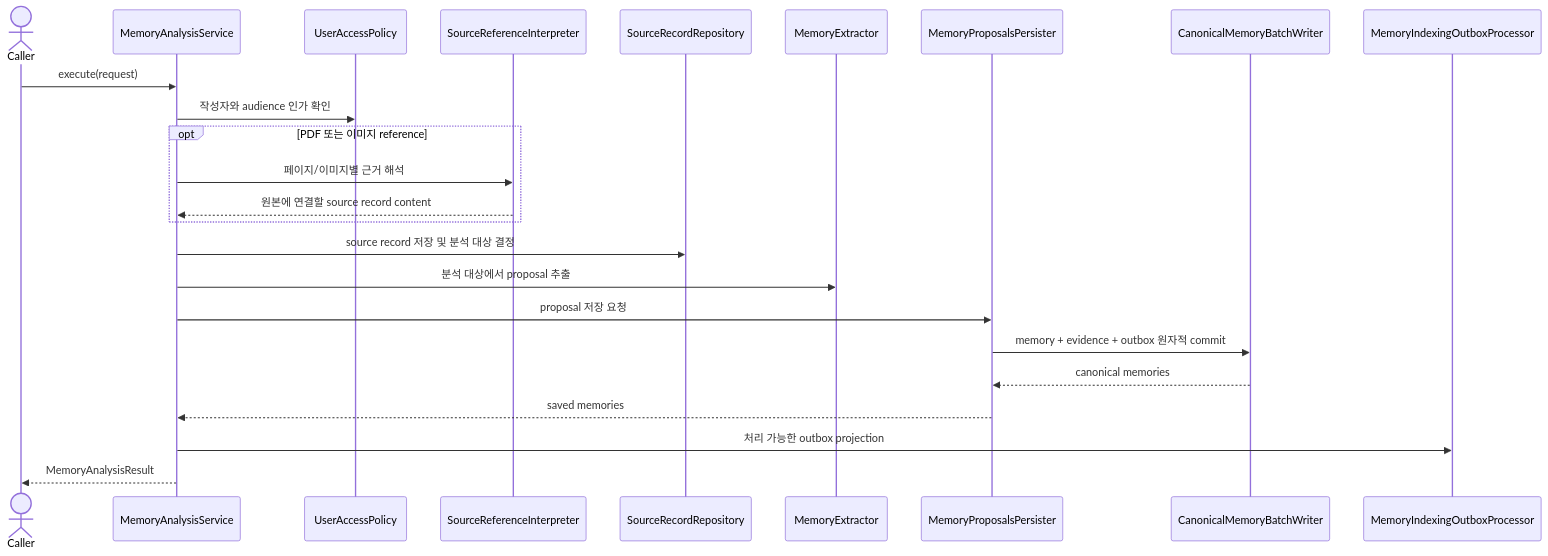
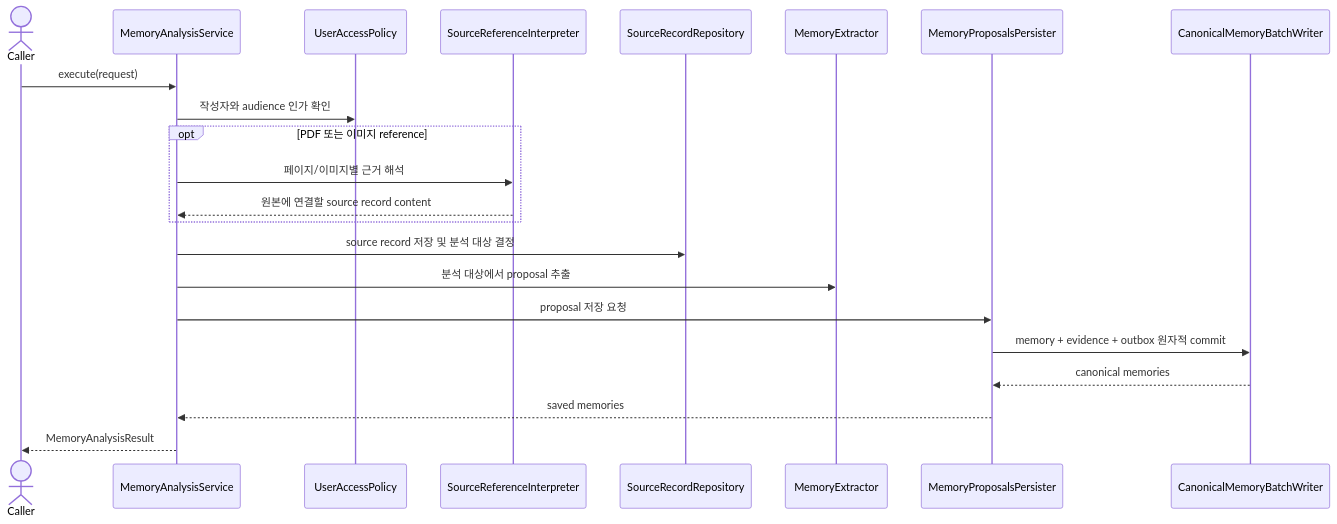
The first of 2 diagrams in application/src/main/kotlin/com/homeassistant/application/usecase/README.md (magenta1223/home_assistant), drawn with Mermaid before and after one commit. The commit also changed other lines of this file and 50 other files, not shown here.

````diff
--- a/application/src/main/kotlin/com/homeassistant/application/usecase/README.md
+++ b/application/src/main/kotlin/com/homeassistant/application/usecase/README.md
@@ -21,27 +20,25 @@
 ```mermaid
 sequenceDiagram
     actor Caller
     participant Analysis as MemoryAnalysisService
     participant Access as UserAccessPolicy
     participant Reference as SourceReferenceInterpreter
     participant Sources as SourceRecordRepository
     participant Extractor as MemoryExtractor
     participant Writer as MemoryProposalsPersister
     participant DB as CanonicalMemoryBatchWriter
-    participant Indexing as MemoryIndexingOutboxProcessor
 
     Caller->>Analysis: execute(request)
     Analysis->>Access: 작성자와 audience 인가 확인
     opt PDF 또는 이미지 reference
         Analysis->>Reference: 페이지/이미지별 근거 해석
         Reference-->>Analysis: 원본에 연결할 source record content
     end
     Analysis->>Sources: source record 저장 및 분석 대상 결정
     Analysis->>Extractor: 분석 대상에서 proposal 추출
     Analysis->>Writer: proposal 저장 요청
     Writer->>DB: memory + evidence + outbox 원자적 commit
     DB-->>Writer: canonical memories
     Writer-->>Analysis: saved memories
-    Analysis->>Indexing: 처리 가능한 outbox projection
     Analysis-->>Caller: MemoryAnalysisResult
 ```
````
